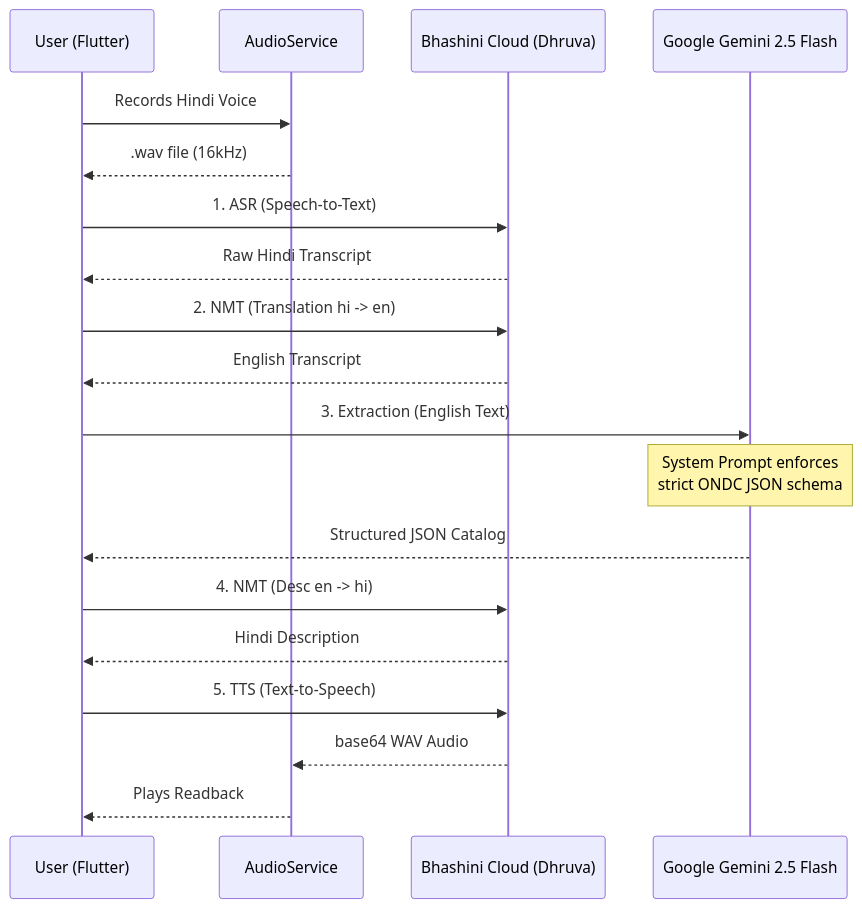
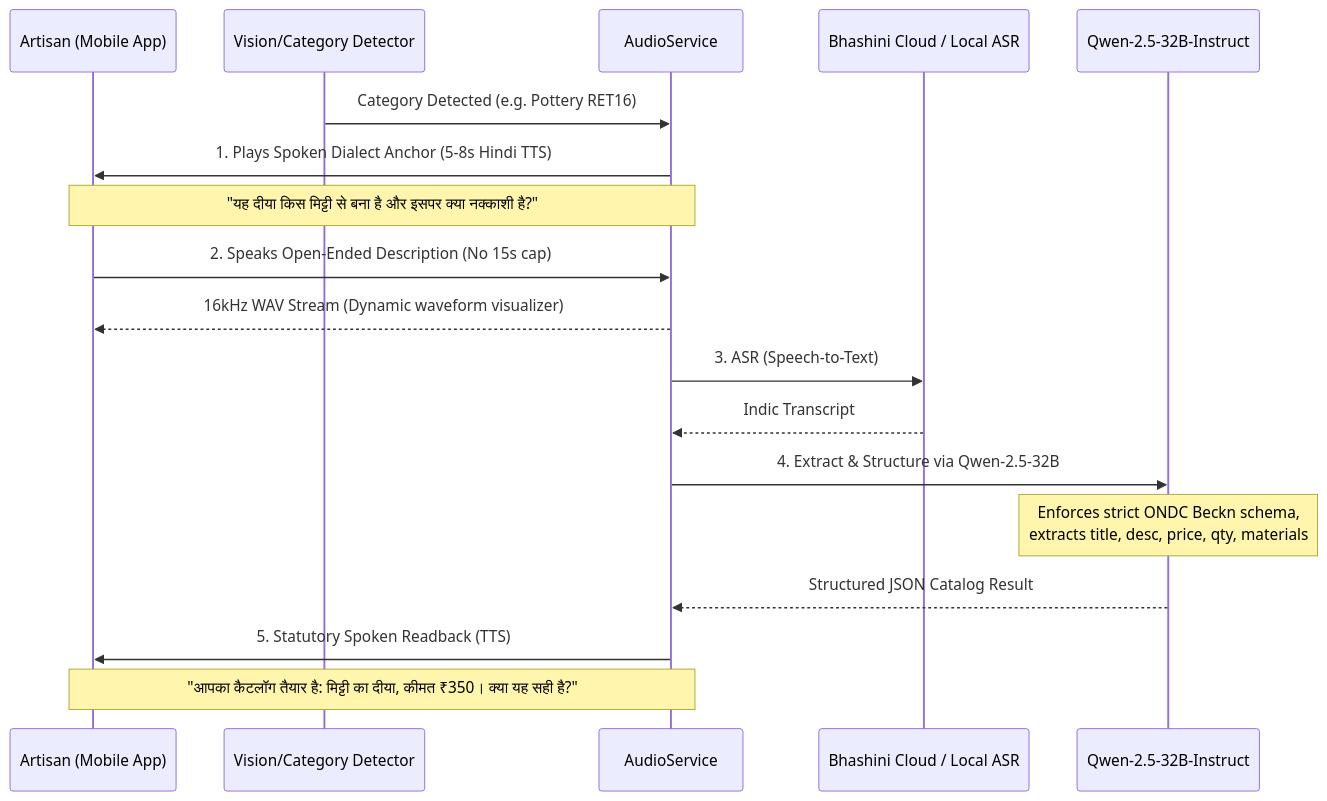
Before and after one commit to NotTheAmmar/project-zerotype: the diagram in artifacts/voice-pipeline-architecture.md, drawn with Mermaid. The commit also changed other lines of this file and 19 other files, not shown here.

Commit message:
Changed Voice Input to Close ended.

````diff
--- a/artifacts/voice-pipeline-architecture.md
+++ b/artifacts/voice-pipeline-architecture.md
@@ -9,27 +9,25 @@
 ```mermaid
 sequenceDiagram
-    participant Artisan as User (Flutter)
+    participant Artisan as Artisan (Mobile App)
+    participant Vision as Vision/Category Detector
     participant Audio as AudioService
-    participant Bhashini as Bhashini Cloud (Dhruva)
-    participant Gemini as Google Gemini 2.5 Flash
+    participant Bhashini as Bhashini Cloud / Local ASR
+    participant Qwen as Qwen-2.5-32B-Instruct
     
-    Artisan->>Audio: Records Hindi Voice
-    Audio-->>Artisan: .wav file (16kHz)
+    Vision->>Audio: Category Detected (e.g. Pottery RET16)
+    Audio->>Artisan: 1. Plays Spoken Dialect Anchor (5-8s Hindi TTS)
+    Note over Artisan,Audio: "यह दीया किस मिट्टी से बना है और इसपर क्या नक्काशी है?"
     
-    Artisan->>Bhashini: 1. ASR (Speech-to-Text)
-    Bhashini-->>Artisan: Raw Hindi Transcript
+    Artisan->>Audio: 2. Speaks Open-Ended Description (No 15s cap)
+    Audio-->>Artisan: 16kHz WAV Stream (Dynamic waveform visualizer)
     
-    Artisan->>Bhashini: 2. NMT (Translation hi -> en)
-    Bhashini-->>Artisan: English Transcript
+    Audio->>Bhashini: 3. ASR (Speech-to-Text)
+    Bhashini-->>Audio: Indic Transcript
     
-    Artisan->>Gemini: 3. Extraction (English Text)
-    Note over Gemini: System Prompt enforces<br/>strict ONDC JSON schema
-    Gemini-->>Artisan: Structured JSON Catalog
+    Audio->>Qwen: 4. Extract & Structure via Qwen-2.5-32B
+    Note over Qwen: Enforces strict ONDC Beckn schema,<br/>extracts title, desc, price, qty, materials
+    Qwen-->>Audio: Structured JSON Catalog Result
     
-    Artisan->>Bhashini: 4. NMT (Desc en -> hi)
-    Bhashini-->>Artisan: Hindi Description
-    
-    Artisan->>Bhashini: 5. TTS (Text-to-Speech)
-    Bhashini-->>Audio: base64 WAV Audio
-    Audio-->>Artisan: Plays Readback
+    Audio->>Artisan: 5. Statutory Spoken Readback (TTS)
+    Note over Audio,Artisan: "आपका कैटलॉग तैयार है: मिट्टी का दीया, कीमत ₹350। क्या यह सही है?"
 ```
````
